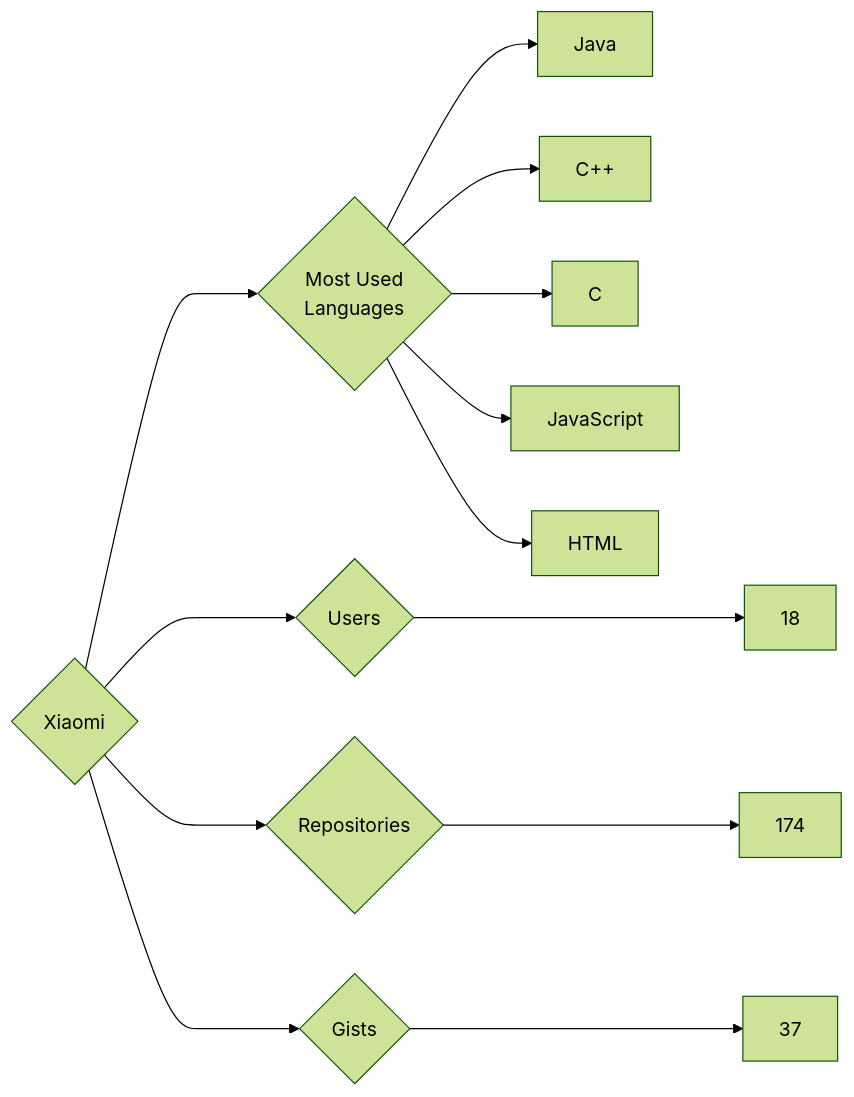
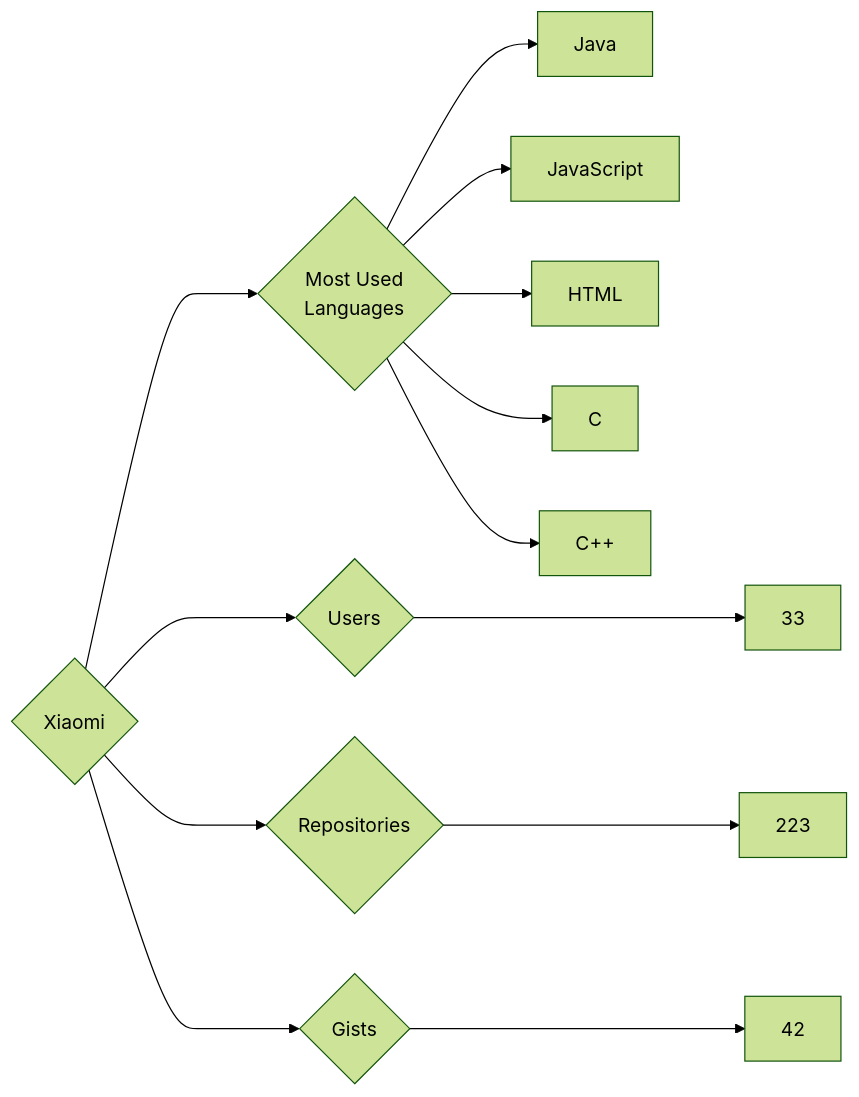
Before and after one commit to trickest/insiders: the diagram in targets/Xiaomi/README.md, drawn with Mermaid (forest theme). The commit also changed 928 other files, not shown here.

````diff
--- a/targets/Xiaomi/README.md
+++ b/targets/Xiaomi/README.md
@@ -3,13 +3,13 @@
 ```mermaid
 graph LR
 COMPANY_NAME{Xiaomi}
-COMPANY_NAME ---> U{Users} ---> UN[18]
-COMPANY_NAME ---> R{Repositories} ---> RN[174]
-COMPANY_NAME ---> G{Gists} ---> GN[37]
+COMPANY_NAME ---> U{Users} ---> UN[33]
+COMPANY_NAME ---> R{Repositories} ---> RN[223]
+COMPANY_NAME ---> G{Gists} ---> GN[42]
 COMPANY_NAME ---> ML{Most Used<br>Languages}
 ML --> Java[Java]
-ML --> C++[C++]
-ML --> C[C]
 ML --> JavaScript[JavaScript]
 ML --> HTML[HTML]
+ML --> C[C]
+ML --> C++[C++]
 ```
````
